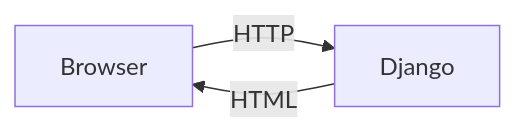
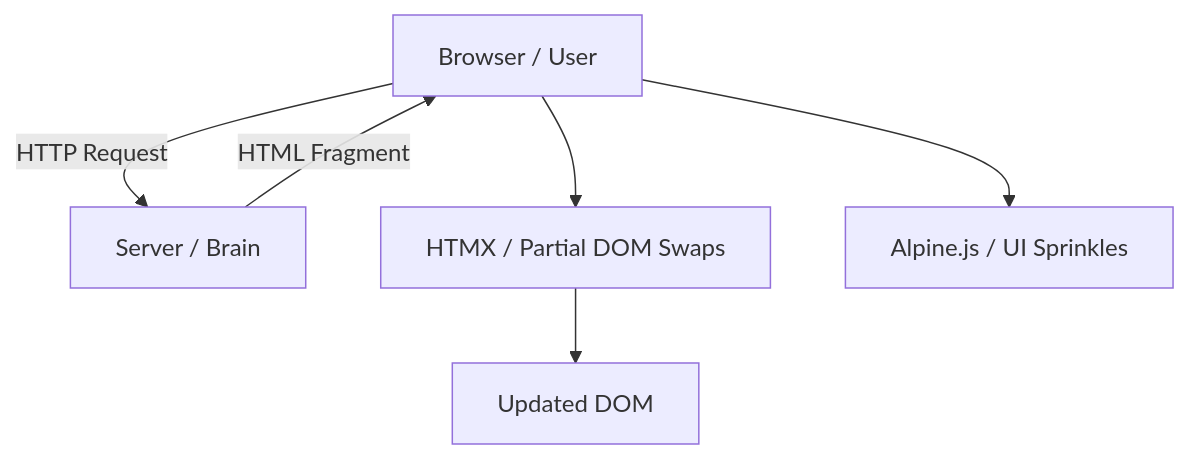
One commit to seanwhs/Tutorials changed the second of 6 diagrams in Full-Stack/Django-Vite-HTMX-Alpine.md. Above: the diagram before and after it, drawn with Mermaid. The commit also changed other lines of this file, not shown here.

````diff
--- a/Full-Stack/Django-Vite-HTMX-Alpine.md
+++ b/Full-Stack/Django-Vite-HTMX-Alpine.md
@@ -68,5 +30,7 @@
 ```mermaid
-flowchart LR
-    Browser -->|HTTP| Django
-    Django -->|HTML| Browser
+flowchart TD
+    Browser[Browser / User]:::browser -->|HTTP Request| Django[Server / Brain]:::server
+    Django -->|HTML Fragment| Browser
+    Browser --> HTMX[HTMX / Partial DOM Swaps]:::htmx --> DOM[Updated DOM]
+    Browser --> Alpine[Alpine.js / UI Sprinkles]:::alpine
 ```
````
